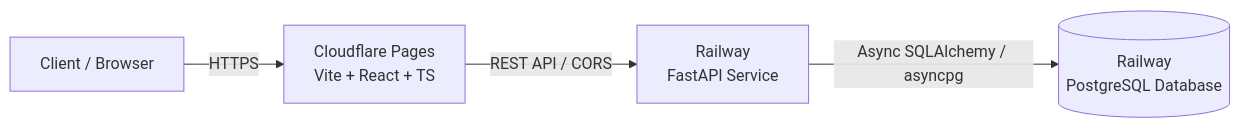
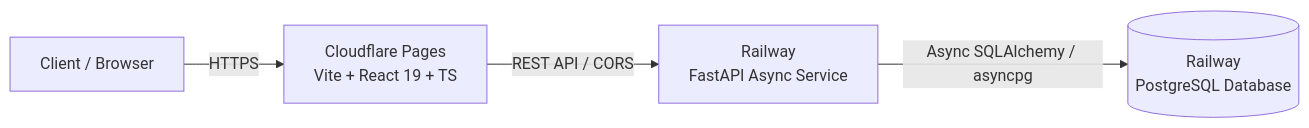
One commit to rakeshleela5-crypto/NSAIPETROSOFT changed the diagram in README.md. Above: the diagram before and after it, drawn with Mermaid. The commit also changed other lines of this file, not shown here.

````diff
--- a/README.md
+++ b/README.md
@@ -9,6 +9,6 @@
 ```mermaid
 graph LR
-    User[Client / Browser] -->|HTTPS| CF[Cloudflare Pages<br/>Vite + React + TS]
-    CF -->|REST API / CORS| RW[Railway<br/>FastAPI Service]
+    User[Client / Browser] -->|HTTPS| CF[Cloudflare Pages<br/>Vite + React 19 + TS]
+    CF -->|REST API / CORS| RW[Railway<br/>FastAPI Async Service]
     RW -->|Async SQLAlchemy / asyncpg| PG[(Railway<br/>PostgreSQL Database)]
 ```
````
